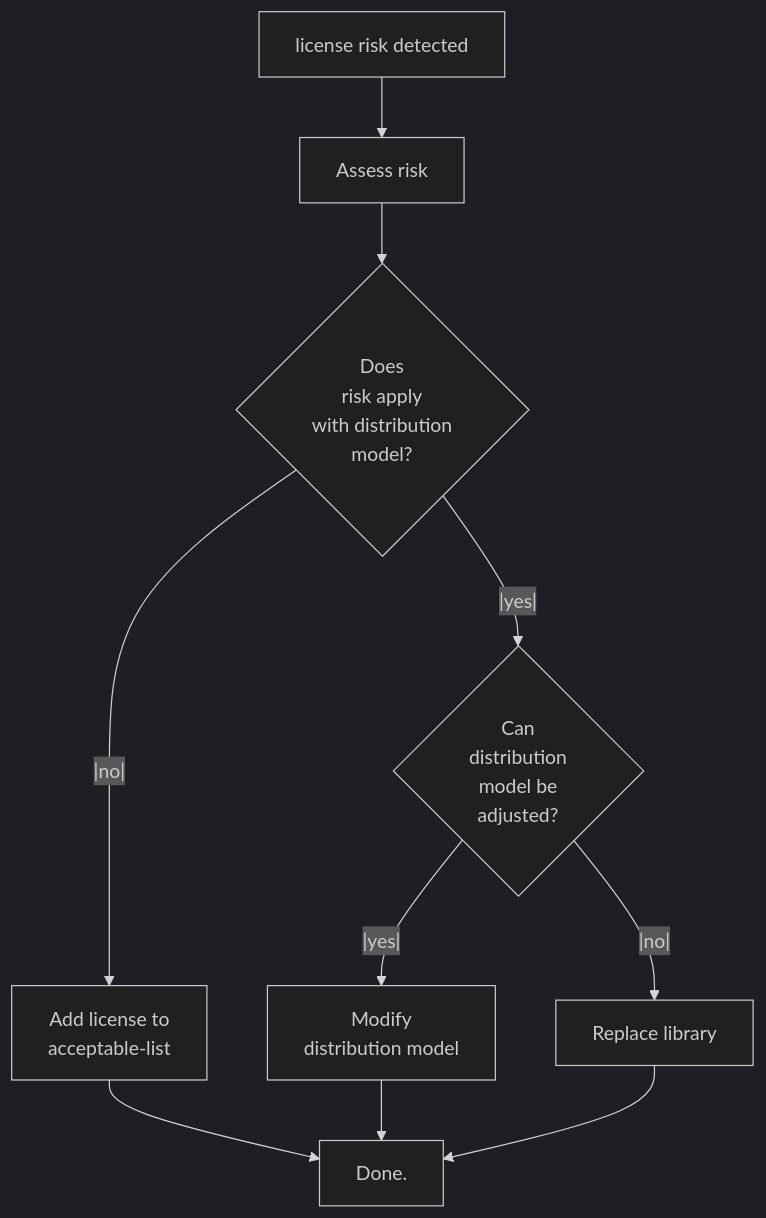
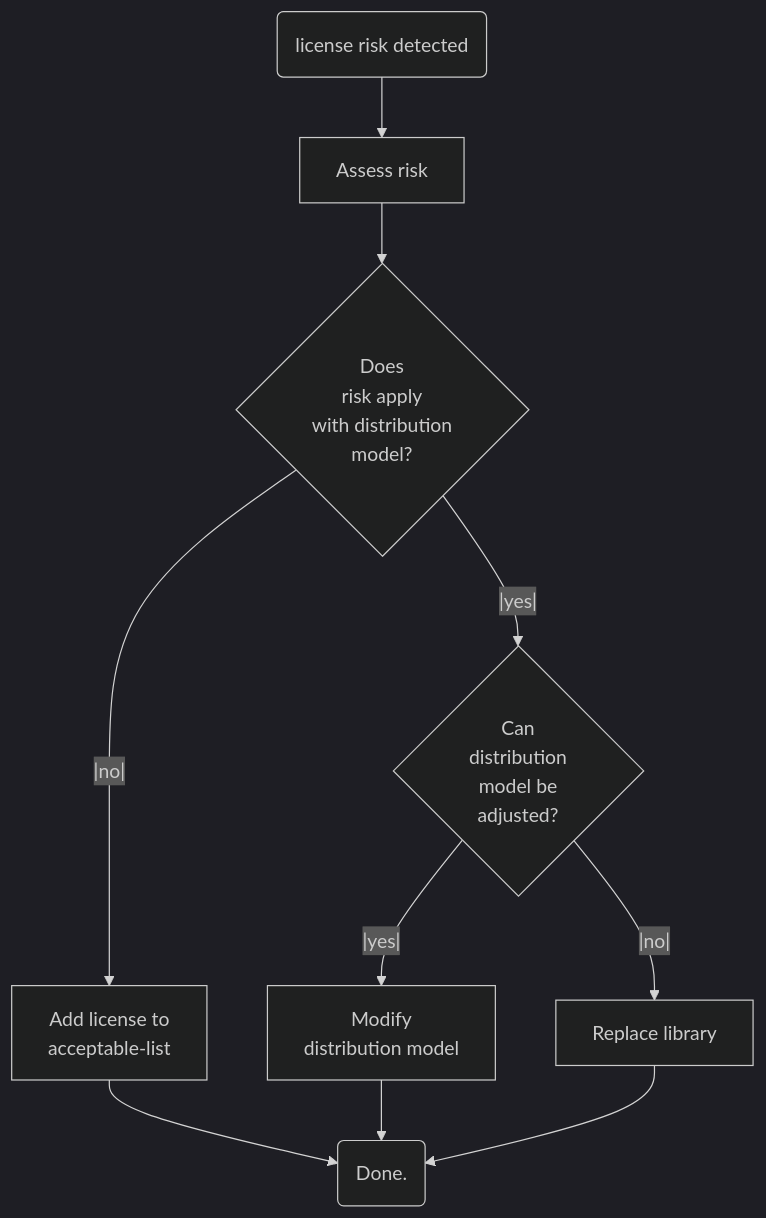
The diagram in docs/workflows/best-practices-osh.md (Software-Improvement-Group/sigridci), drawn with Mermaid (dark theme) before and after one commit.

Commit message:
now we have a flowchart..

````diff
--- a/docs/workflows/best-practices-osh.md
+++ b/docs/workflows/best-practices-osh.md
@@ -270,9 +270,9 @@
 ```mermaid
 graph TD; 
-    Start[license risk detected]-->A[Assess risk];
+    Start(license risk detected) --> A[Assess risk];
     A --> D{"Does\n risk apply\n with distribution\n model?"};
     D --|yes|--> D_yes{"Can\n distribution\n model be\n adjusted?"};
-    D --|no|--> D_no["Add license to\n acceptable-list"] --> E["Done."];
+    D --|no|--> D_no["Add license to\n acceptable-list"] --> E("Done.");
     D_yes --|yes|--> M[Modify\n distribution model] --> E;
     D_yes --|no|--> R[Replace library] --> E;
 ```
````
